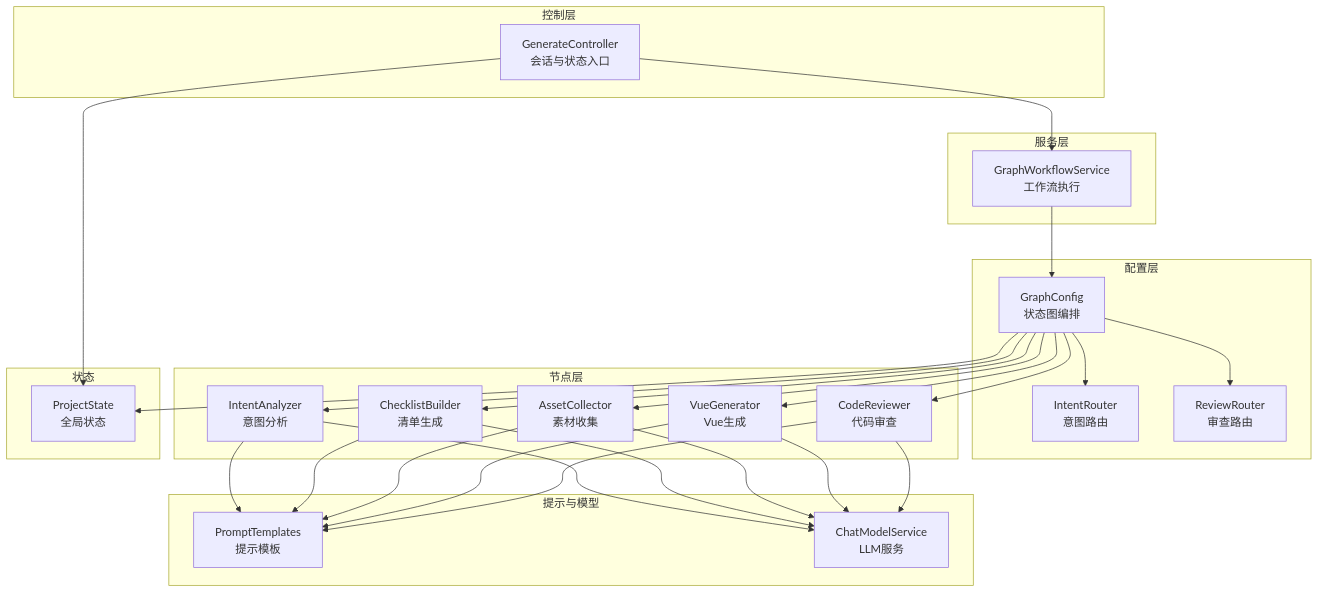
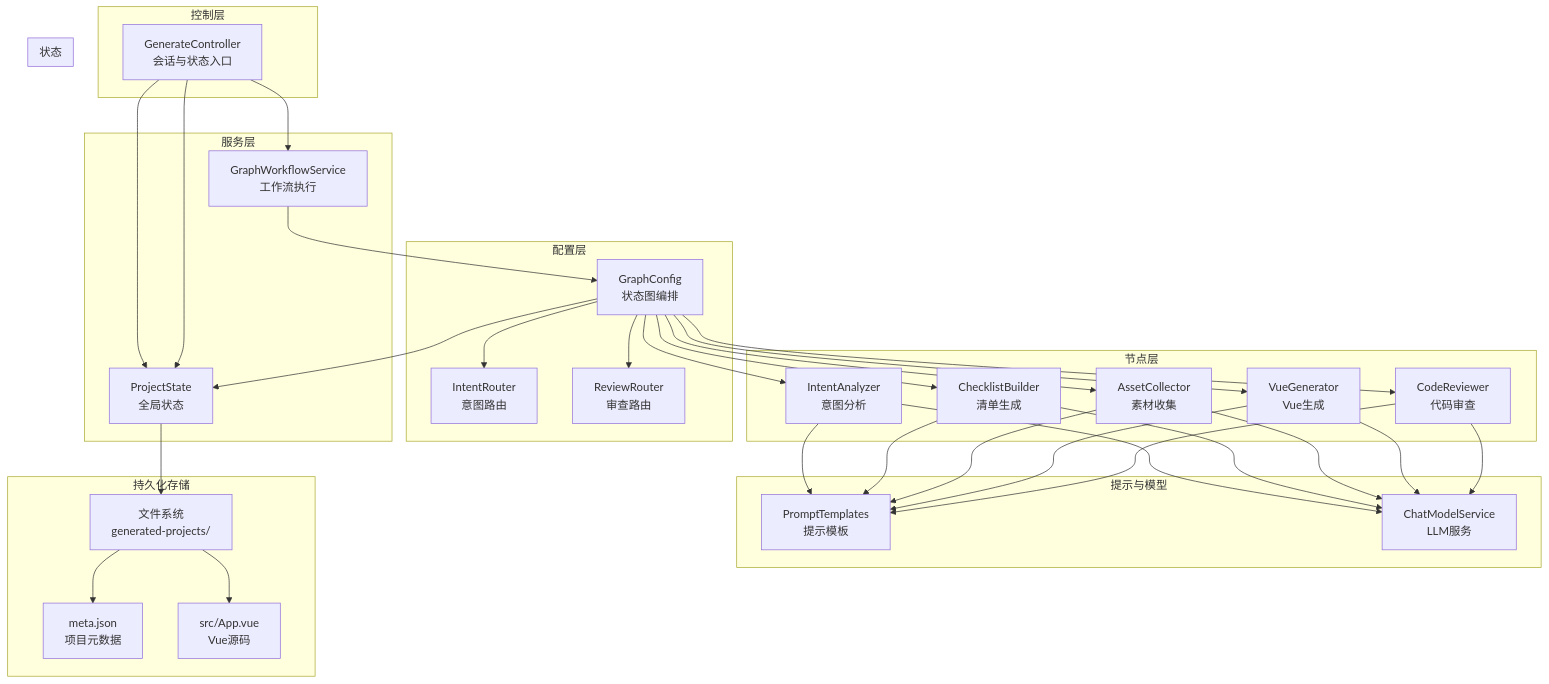
One commit to CyanYuKi/WebSiteFrontendCodeMother changed the first of 7 diagrams in .qoder/repowiki/zh/content/AI工作流系统/工作流引擎核心/项目状态管理.md. Above: the diagram before and after it, drawn with Mermaid. The commit also changed other lines of this file and 5 other files, not shown here.

````diff
--- a/.qoder/repowiki/zh/content/AI工作流系统/工作流引擎核心/项目状态管理.md
+++ b/.qoder/repowiki/zh/content/AI工作流系统/工作流引擎核心/项目状态管理.md
@@ -47,49 +52,59 @@
 ```mermaid
 graph TB
 subgraph "控制层"
 C["GenerateController<br/>会话与状态入口"]
 end
 subgraph "服务层"
 S["GraphWorkflowService<br/>工作流执行"]
+PS["ProjectStorageService<br/>项目持久化"]
 end
 subgraph "配置层"
 G["GraphConfig<br/>状态图编排"]
 IR["IntentRouter<br/>意图路由"]
 RR["ReviewRouter<br/>审查路由"]
 end
 subgraph "节点层"
 NA["IntentAnalyzer<br/>意图分析"]
 CB["ChecklistBuilder<br/>清单生成"]
 AC["AssetCollector<br/>素材收集"]
 VG["VueGenerator<br/>Vue生成"]
 CR["CodeReviewer<br/>代码审查"]
 end
 subgraph "提示与模型"
 PT["PromptTemplates<br/>提示模板"]
 CMS["ChatModelService<br/>LLM服务"]
 end
 subgraph "状态"
 PS["ProjectState<br/>全局状态"]
 end
+subgraph "持久化存储"
+FS["文件系统<br/>generated-projects/"]
+META["meta.json<br/>项目元数据"]
+APP["src/App.vue<br/>Vue源码"]
+end
 C --> S
+C --> PS
 S --> G
+PS --> FS
+FS --> META
+FS --> APP
 G --> NA
 G --> CB
 G --> AC
 G --> VG
 G --> CR
 G --> IR
 G --> RR
 NA --> PT
 CB --> PT
 AC --> PT
 VG --> PT
 CR --> PT
 NA --> CMS
 CB --> CMS
 AC --> CMS
 VG --> CMS
 CR --> CMS
 G --> PS
 C --> PS
 ```
````
